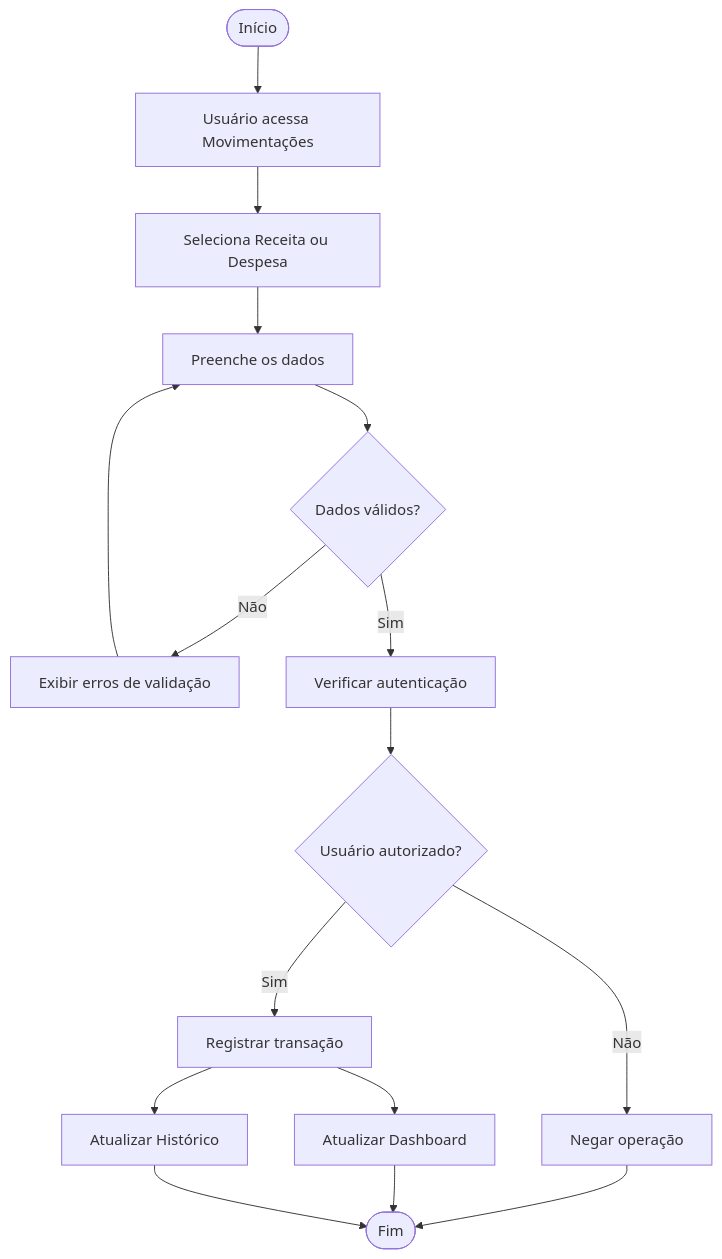
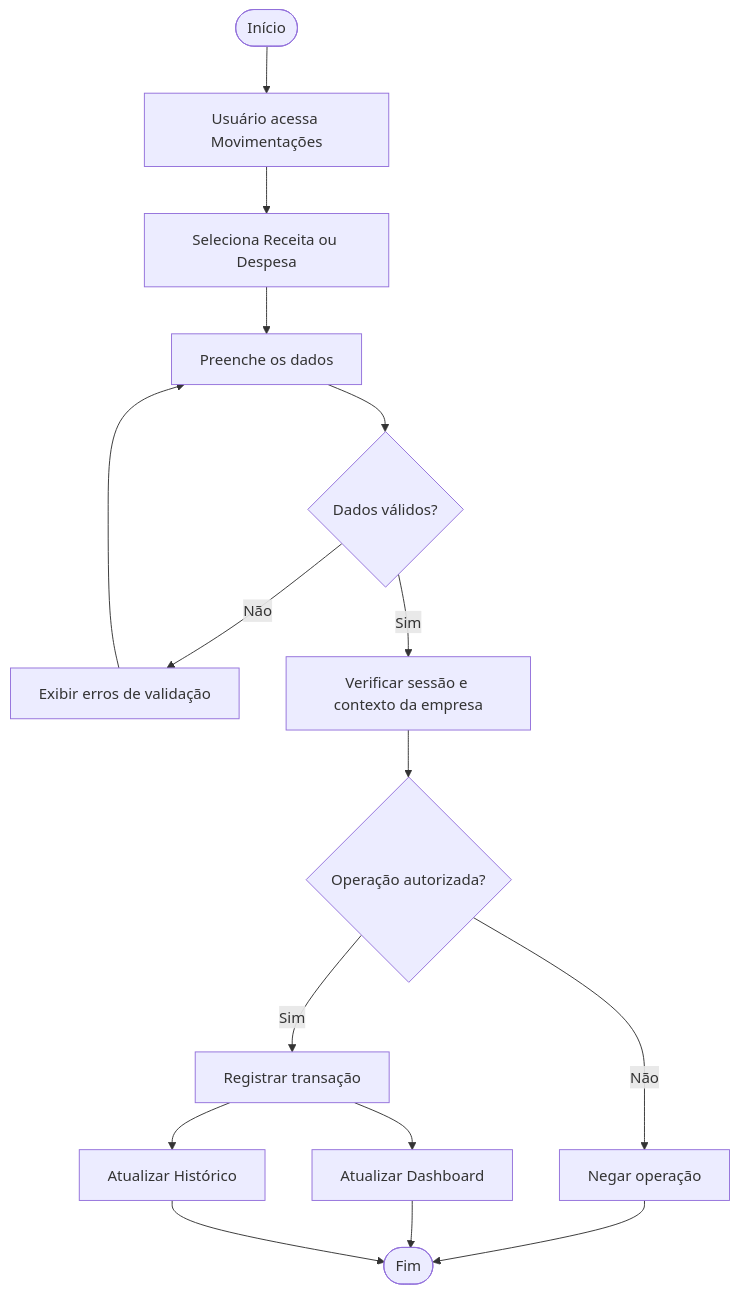
Before and after one commit to Rayck4dev/MetricsFlow_AI: the fourth of 6 diagrams in README.md, drawn with Mermaid. The commit also changed other lines of this file and 1 other file, not shown here.

````diff
--- a/README.md
+++ b/README.md
@@ -827,38 +817,32 @@
 ```mermaid
 flowchart TD
-
     A([Início])
     B[Usuário acessa Movimentações]
     C[Seleciona Receita ou Despesa]
     D[Preenche os dados]
     E{Dados válidos?}
     F[Exibir erros de validação]
-    G[Verificar autenticação]
-    H{Usuário autorizado?}
+    G[Verificar sessão e contexto da empresa]
+    H{Operação autorizada?}
     I[Negar operação]
     J[Registrar transação]
     K[Atualizar Dashboard]
     L[Atualizar Histórico]
     M([Fim])
 
     A --> B
     B --> C
     C --> D
     D --> E
-
     E -->|Não| F
     F --> D
-
     E -->|Sim| G
     G --> H
-
     H -->|Não| I
     I --> M
-
     H -->|Sim| J
     J --> K
     J --> L
-
     K --> M
     L --> M
 ```
````
